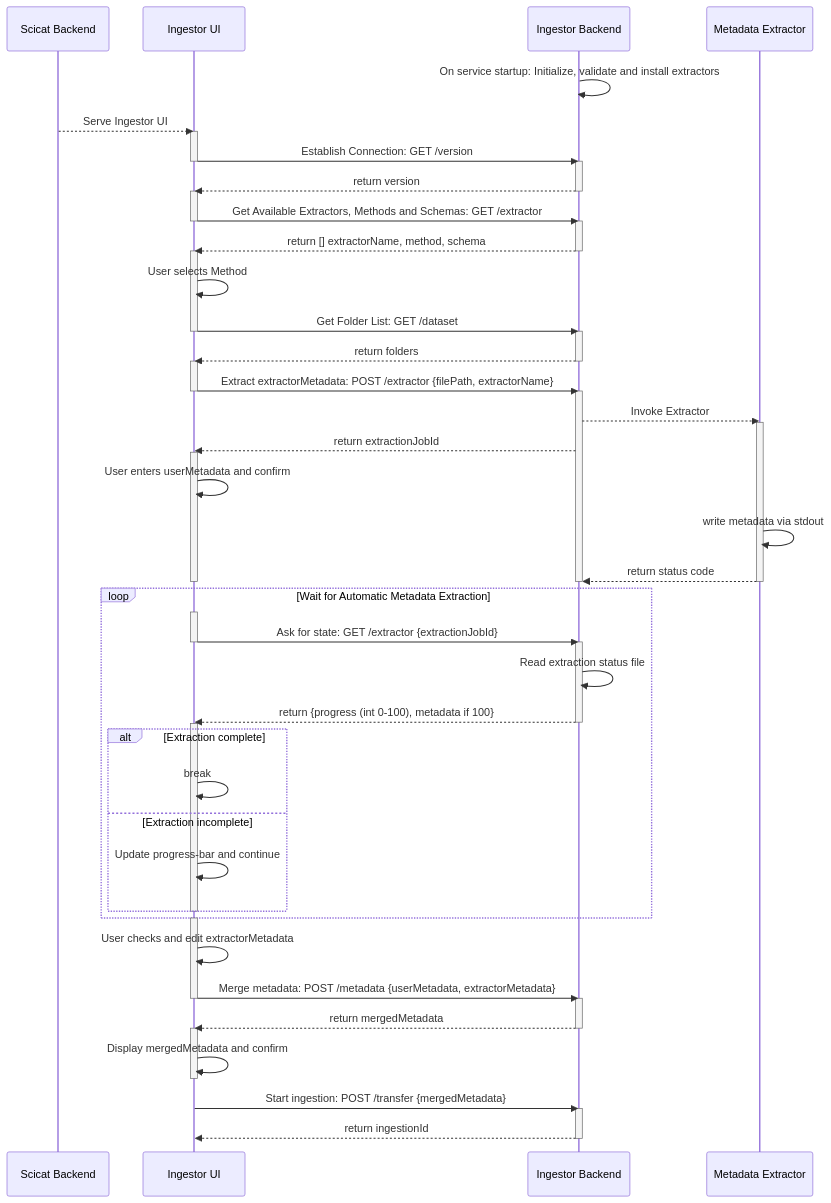
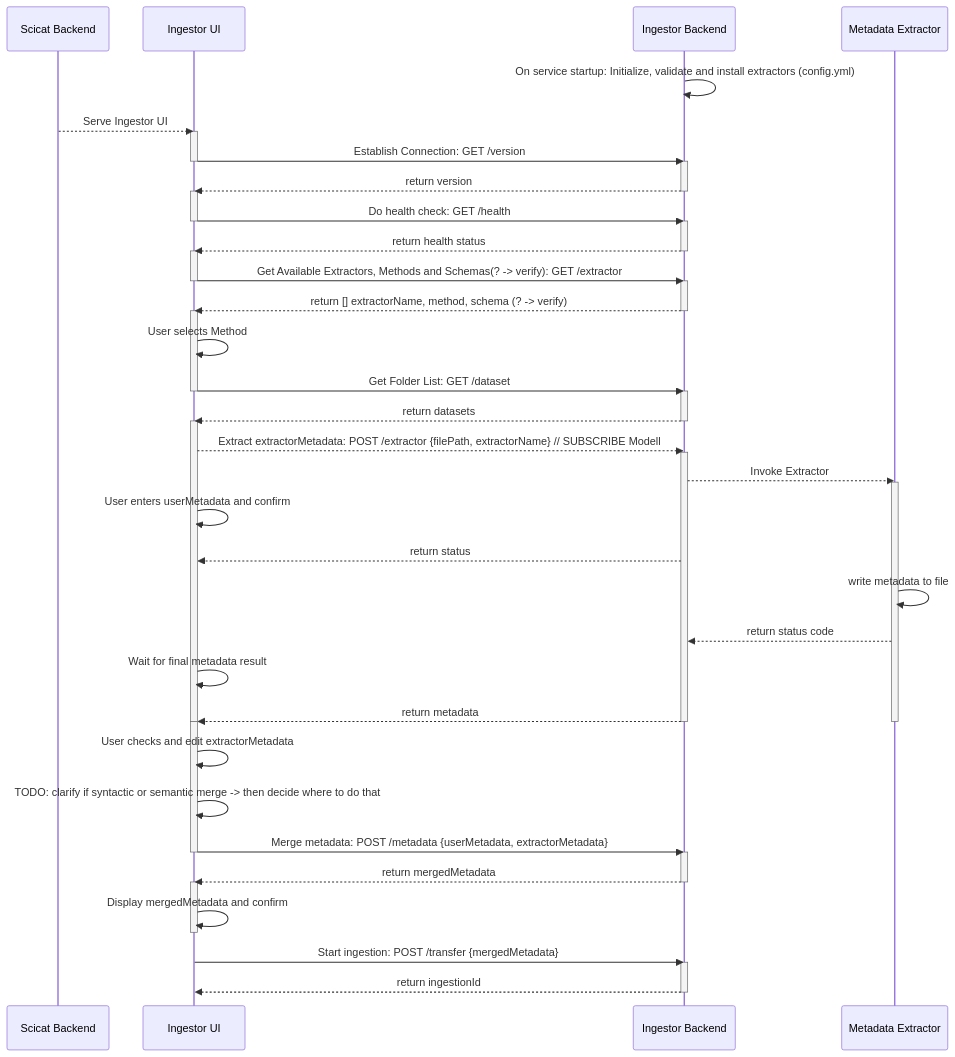
Before and after one commit to SwissOpenEM/openem-docs: the diagram in docs/developer_docs/uiWorkflowSequence.md, drawn with Mermaid.

````diff
--- a/docs/developer_docs/uiWorkflowSequence.md
+++ b/docs/developer_docs/uiWorkflowSequence.md
@@ -21,77 +21,66 @@
 ```mermaid
 sequenceDiagram
   participant S as Scicat Backend
   participant U as Ingestor UI 
   participant B as Ingestor Backend 
   participant M as Metadata Extractor
-    B ->> B: On service startup: Initialize, validate and install extractors 
+    B ->> B: On service startup: Initialize, validate and install extractors (config.yml)
     S -->> U: Serve Ingestor UI
     activate U
     U ->> B: Establish Connection: GET /version
     deactivate U
     activate B
     B -->> U: return version
     deactivate B
     activate U
-    U ->> B: Get Available Extractors, Methods and Schemas: GET /extractor
+    U ->> B: Do health check: GET /health
     deactivate U
     activate B
-    B -->> U: return [] extractorName, method, schema
+    B -->> U: return health status
+    deactivate B
+    activate U
+    U ->> B: Get Available Extractors, Methods and Schemas(? -> verify): GET /extractor
+    deactivate U
+    activate B
+    B -->> U: return [] extractorName, method, schema (? -> verify)
     deactivate B
     activate U
     U ->> U: User selects Method
     U ->> B: Get Folder List: GET /dataset
     deactivate U
     activate B
-    B -->> U: return folders
+    B -->> U: return datasets
     deactivate B
 
     activate U
-    U ->> B: Extract extractorMetadata: POST /extractor {filePath, extractorName}
-    deactivate U
+    U -->> B: Extract extractorMetadata: POST /extractor {filePath, extractorName} // SUBSCRIBE Modell
     activate B
     B -->> M: Invoke Extractor
     activate M
-    B -->> U: return extractionJobId
-    activate U
     U ->> U: User enters userMetadata and confirm
-    M ->> M: write metadata via stdout
+    B -->> U: return status
+    M ->> M: write metadata to file
     M -->> B: return status code
+    U ->> U: Wait for final metadata result
+    B -->> U: return metadata
     deactivate M
     deactivate B
     deactivate U
 
-    loop Wait for Automatic Metadata Extraction
-        activate U
-        U ->> B: Ask for state: GET /extractor {extractionJobId}
-        deactivate U
-        activate B
-        B ->> B: Read extraction status file
-        B -->> U: return {progress (int 0-100), metadata if 100}
-        deactivate B
-        activate U
-        
-        alt Extraction complete
-            U ->> U: break
-        else Extraction incomplete
-            U ->> U: Update progress-bar and continue
-        end
-        deactivate U
-    end
-
     activate U
     U ->> U: User checks and edit extractorMetadata
+    U ->> U: TODO: clarify if syntactic or semantic merge -> then decide where to do that
     U ->> B: Merge metadata: POST /metadata {userMetadata, extractorMetadata}
     deactivate U
     activate B
     B -->> U: return mergedMetadata
     deactivate B
     activate U
     U ->> U: Display mergedMetadata and confirm
     deactivate U
     U ->> B: Start ingestion: POST /transfer {mergedMetadata}
     activate B
     B -->> U: return ingestionId
     deactivate B
     
 ```
````
